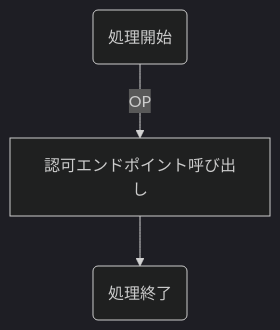
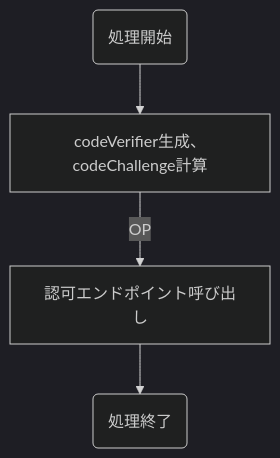
The diagram in docs/business-flow/rp/Authorization-endpoint-redirect.md (nob-islan/nob-openid-connect), drawn with Mermaid before and after one commit.

Commit message:
docs追記

````diff
--- a/docs/business-flow/rp/Authorization-endpoint-redirect.md
+++ b/docs/business-flow/rp/Authorization-endpoint-redirect.md
@@ -3,6 +3,7 @@
 ```mermaid
 %%{init:{'theme':'dark'}}%%
 graph TD;
-    A(処理開始) --> |OP| B[認可エンドポイント呼び出し]
-    B --> C(処理終了)
+    A(処理開始) --> B[codeVerifier生成、codeChallenge計算]
+    B --> |OP| C[認可エンドポイント呼び出し]
+    C --> D(処理終了)
 ```
````
